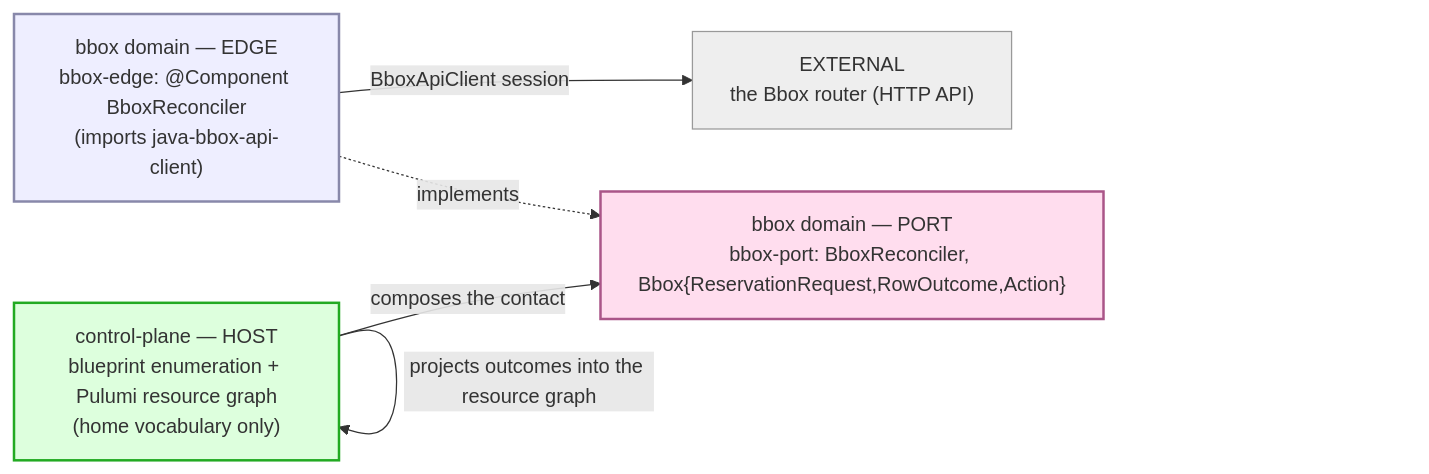
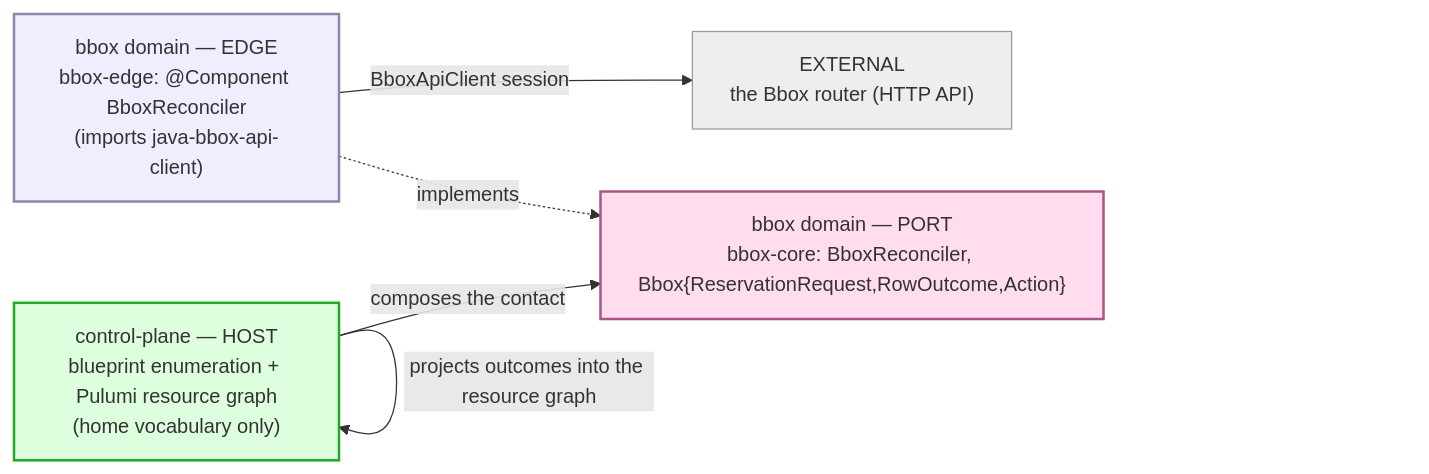
One commit to nxmatic/rke2lab changed the diagram in docs/architecture/osgi/bbox-edge-spec.adoc. Above: the diagram before and after it, drawn with Mermaid. The commit also changed other lines of this file and 25 other files, not shown here.

```diff
--- a/docs/architecture/osgi/bbox-edge-spec.adoc
+++ b/docs/architecture/osgi/bbox-edge-spec.adoc
@@ -40,20 +40,20 @@
 [mermaid]
 ....
 flowchart LR
   world["EXTERNAL<br/>the Bbox router (HTTP API)"]
   edge["bbox domain — EDGE<br/>bbox-edge: @Component BboxReconciler<br/>(imports java-bbox-api-client)"]
-  bport["bbox domain — PORT<br/>bbox-port: BboxReconciler, Bbox{ReservationRequest,RowOutcome,Action}"]
+  bport["bbox domain — PORT<br/>bbox-core: BboxReconciler, Bbox{ReservationRequest,RowOutcome,Action}"]
   host["control-plane — HOST<br/>blueprint enumeration + Pulumi resource graph<br/>(home vocabulary only)"]
   edge -->|BboxApiClient session| world
   edge -.->|implements| bport
   host -->|composes the contact| bport
   host -->|projects outcomes into the resource graph| host
   classDef e fill:#eef,stroke:#88a,stroke-width:2px;
   classDef p fill:#fde,stroke:#a58,stroke-width:2px;
   classDef h fill:#dfd,stroke:#2a2,stroke-width:2px;
   classDef w fill:#eee,stroke:#999,stroke-width:1px;
   class edge e;
   class bport p;
   class host h;
   class world w;
 ....
```
